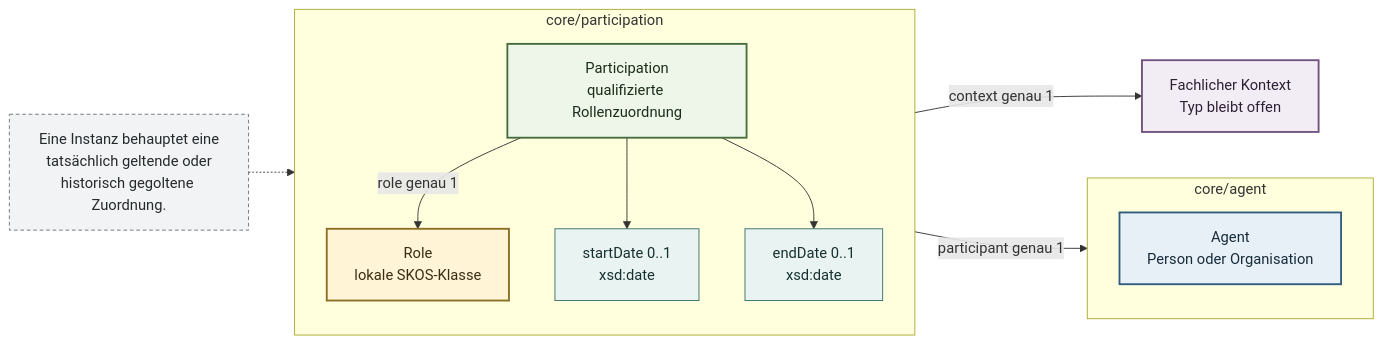
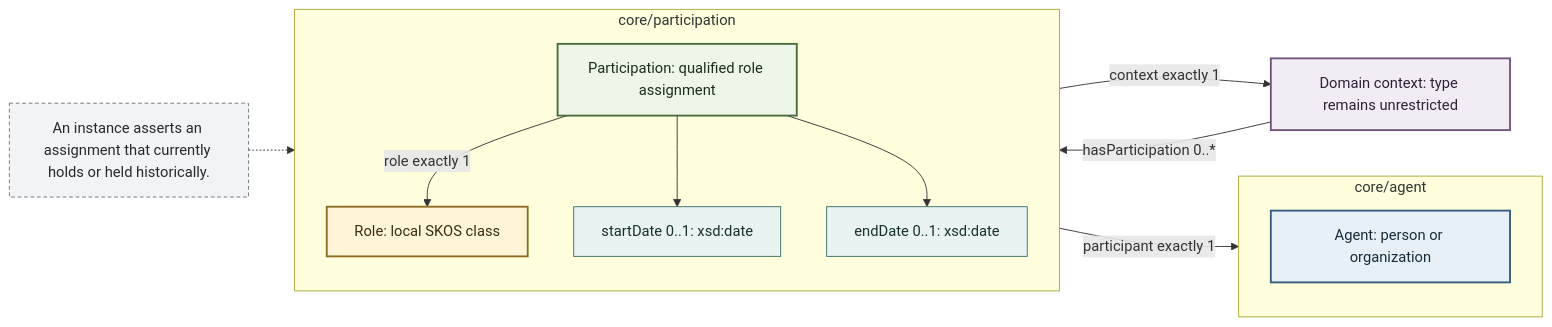
Before and after one commit to project-construct-x/constructx-ontologies: the first of 6 diagrams in modules/core/participation/docs/diagrams/participation-concept-model.md, drawn with Mermaid. The commit also changed other lines of this file and 230 other files, not shown here.

````diff
--- a/modules/core/participation/docs/diagrams/participation-concept-model.md
+++ b/modules/core/participation/docs/diagrams/participation-concept-model.md
@@ -12,41 +12,42 @@
 ```mermaid
 flowchart LR
     subgraph AGENT_CORE["core/agent"]
         direction TB
-        Agent["Agent<br/>Person oder Organisation"]
+        Agent["Agent: person or organization"]
     end
 
     subgraph PARTICIPATION_CORE["core/participation"]
         direction TB
-        Participation["Participation<br/>qualifizierte Rollenzuordnung"]
-        Role["Role<br/>lokale SKOS-Klasse"]
-        Start["startDate 0..1<br/>xsd:date"]
-        End["endDate 0..1<br/>xsd:date"]
+        Participation["Participation: qualified role assignment"]
+        Role["Role: local SKOS class"]
+        Start["startDate 0..1: xsd:date"]
+        End["endDate 0..1: xsd:date"]
 
-        Participation -->|"role genau 1"| Role
+        Participation -->|"role exactly 1"| Role
         Participation --> Start
         Participation --> End
     end
 
-    Context["Fachlicher Kontext<br/>Typ bleibt offen"]
+    Context["Domain context: type remains unrestricted"]
 
-    Participation -->|"participant genau 1"| Agent
-    Participation -->|"context genau 1"| Context
+    Participation -->|"participant exactly 1"| Agent
+    Participation -->|"context exactly 1"| Context
+    Context -->|"hasParticipation 0..*"| Participation
 
-    Meaning["Eine Instanz behauptet eine<br/>tatsächlich geltende oder<br/>historisch gegoltene Zuordnung."]
+    Meaning["An instance asserts an assignment that currently holds or held historically."]
     Meaning -.-> Participation
 
     classDef agent fill:#e7f0f7,stroke:#315b7d,color:#172b3a,stroke-width:2px;
     classDef participation fill:#edf6e9,stroke:#466b3c,color:#1d2d19,stroke-width:2px;
     classDef role fill:#fff4d6,stroke:#8c6d1f,color:#392d0e,stroke-width:2px;
     classDef context fill:#f2edf5,stroke:#70517d,color:#2f2135,stroke-width:2px;
     classDef date fill:#e9f3f1,stroke:#39706a,color:#17312e;
     classDef note fill:#f1f3f4,stroke:#6b747a,color:#252a2d,stroke-dasharray:4 3;
 
     class Agent agent;
     class Participation participation;
     class Role role;
     class Context context;
     class Start,End date;
     class Meaning note;
 ```
````
